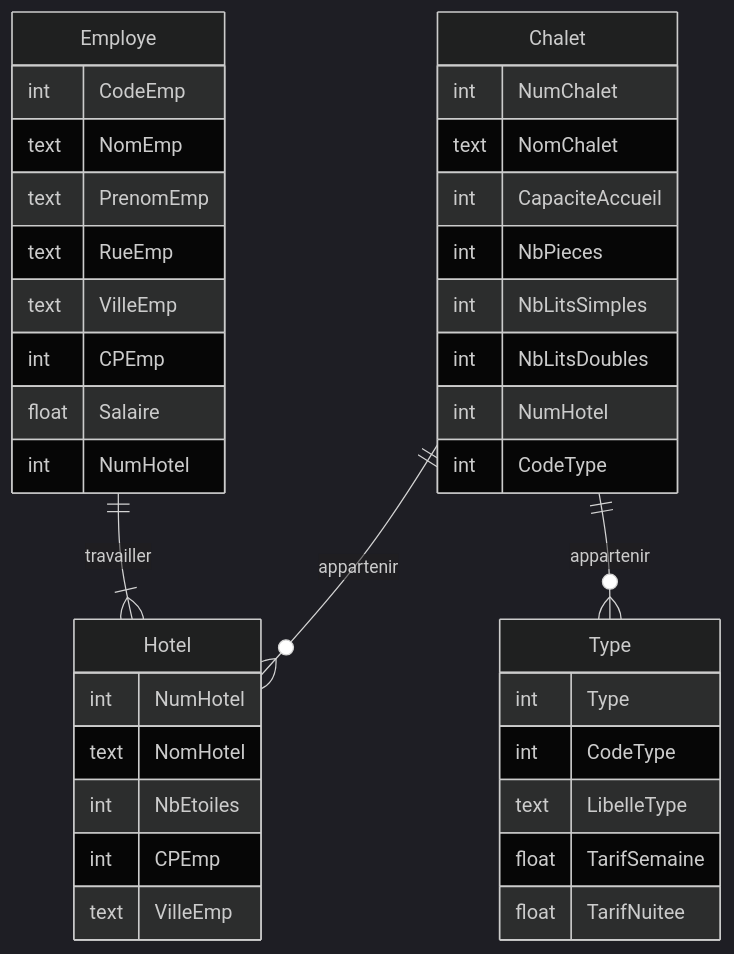
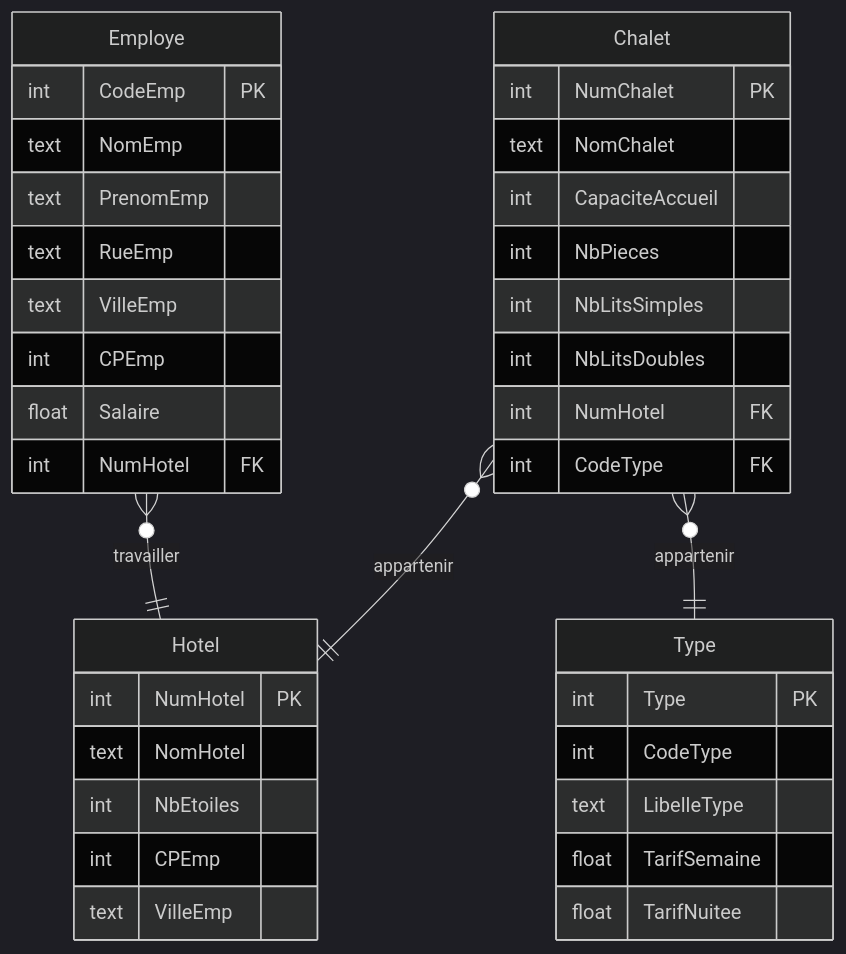
Before and after one commit to fxpar/SQLpratique: the diagram in db/exercices/chalets/README.md, drawn with Mermaid (dark theme). The commit also changed other lines of this file, not shown here.

````diff
--- a/db/exercices/chalets/README.md
+++ b/db/exercices/chalets/README.md
@@ -2,40 +9,40 @@
 ```mermaid
 erDiagram
-    Chalet ||--o{ Hotel : appartenir
-	Chalet ||--o{ Type : appartenir
+    Chalet }o--|| Hotel : appartenir
+	Chalet }o--|| Type : appartenir
     Chalet {
-			int NumChalet
+			int NumChalet PK
 			text NomChalet
 			int CapaciteAccueil
 			int NbPieces
 			int NbLitsSimples
 			int NbLitsDoubles
-			int NumHotel
-			int CodeType
+			int NumHotel FK
+			int CodeType FK
     }
-    Employe ||--|{ Hotel : travailler
+    Employe }o--|| Hotel : travailler
     Employe {
-			int CodeEmp
+			int CodeEmp PK
 			text NomEmp
 			text PrenomEmp
 			text RueEmp
 			text VilleEmp
 			int CPEmp
 			float Salaire
-			int NumHotel
+			int NumHotel FK
     }
     Hotel {
-			int NumHotel
+			int NumHotel PK
 			text NomHotel
 			int NbEtoiles
 			int CPEmp
 			text VilleEmp
     }
 	Type {
-			int Type
+			int Type PK
 			int CodeType
 			text LibelleType
 			float TarifSemaine
 			float TarifNuitee
     }
 ```
````
